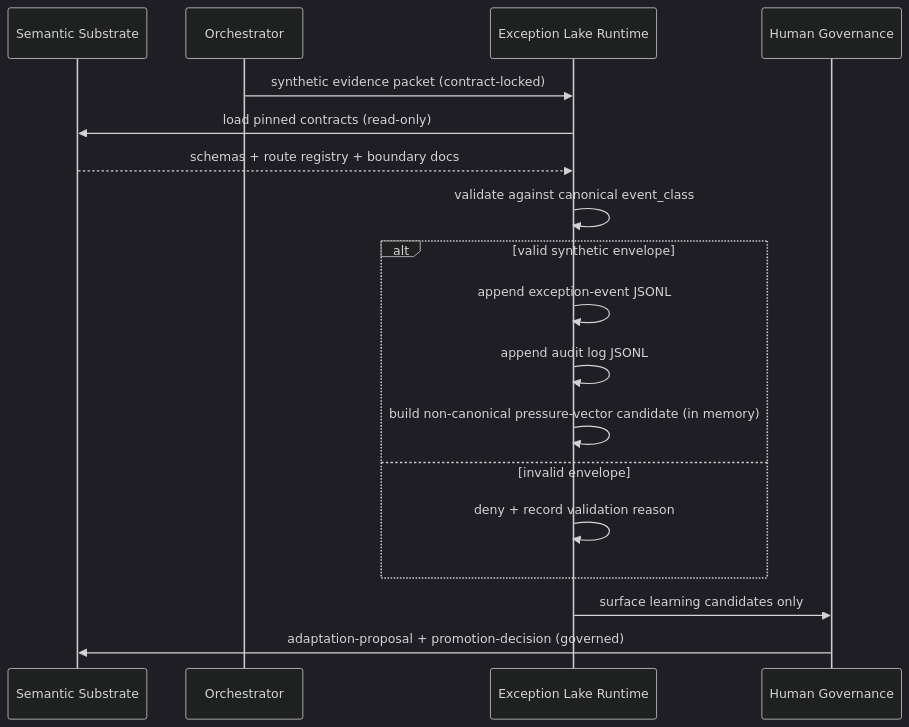
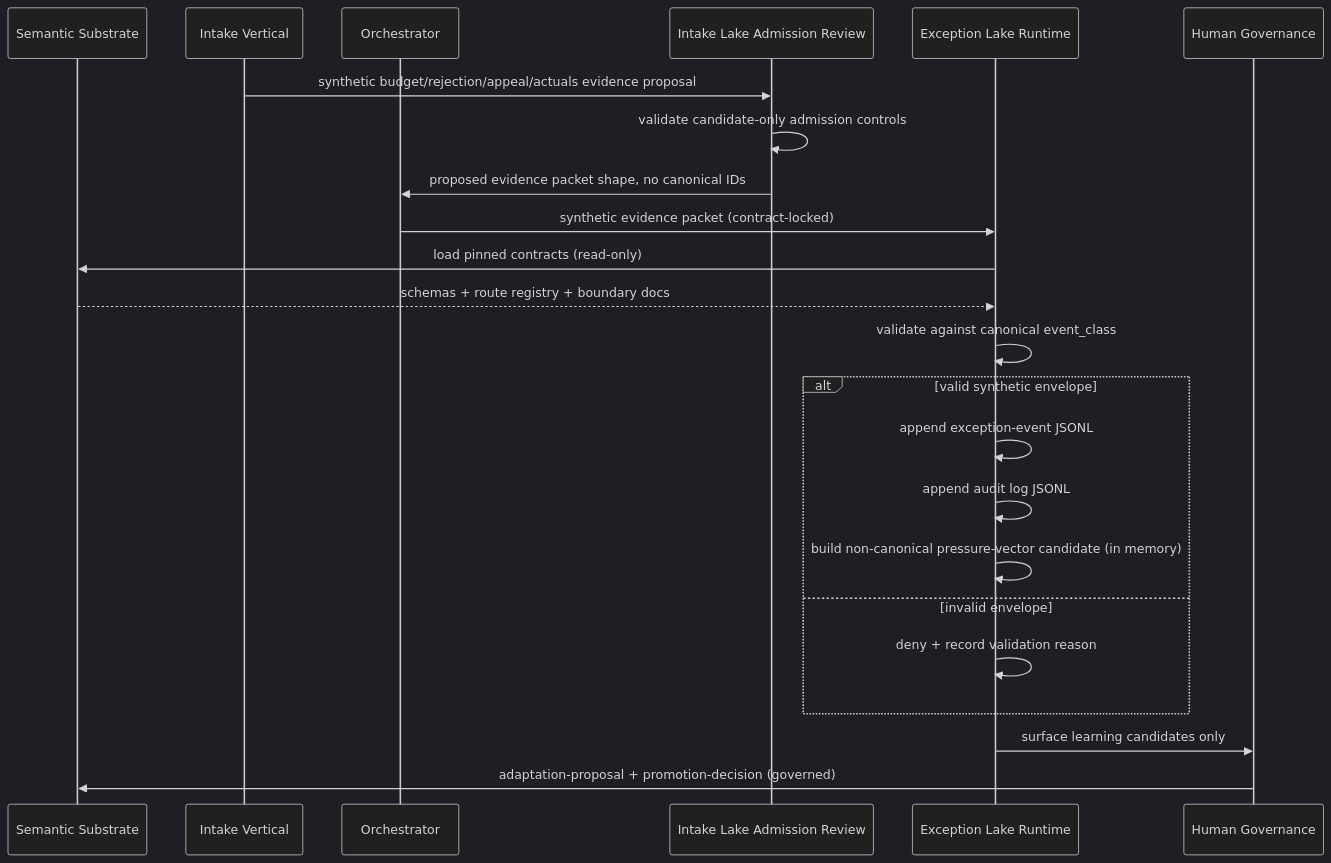
The second of 2 diagrams in DATA_FLOW_MAP.md (lowelltwong-alt/LawFirm-os-exceptions-lake-runtime), drawn with Mermaid (dark theme) before and after one commit. The commit also changed other lines of this file and 23 other files, not shown here.

Commit message:
Add intake Lake admission review docket (#8)

````diff
--- a/DATA_FLOW_MAP.md
+++ b/DATA_FLOW_MAP.md
@@ -56,21 +60,26 @@
 ```mermaid
 sequenceDiagram
     participant SS as Semantic Substrate
+    participant INTAKE as Intake Vertical
     participant OR as Orchestrator
+    participant REVIEW as Intake Lake Admission Review
     participant EL as Exception Lake Runtime
     participant HUM as Human Governance
 
+    INTAKE->>REVIEW: synthetic budget/rejection/appeal/actuals evidence proposal
+    REVIEW->>REVIEW: validate candidate-only admission controls
+    REVIEW->>OR: proposed evidence packet shape, no canonical IDs
     OR->>EL: synthetic evidence packet (contract-locked)
     EL->>SS: load pinned contracts (read-only)
     SS-->>EL: schemas + route registry + boundary docs
     EL->>EL: validate against canonical event_class
     alt valid synthetic envelope
         EL->>EL: append exception-event JSONL
         EL->>EL: append audit log JSONL
         EL->>EL: build non-canonical pressure-vector candidate (in memory)
     else invalid envelope
         EL->>EL: deny + record validation reason
     end
     EL->>HUM: surface learning candidates only
     HUM->>SS: adaptation-proposal + promotion-decision (governed)
 ```
````
